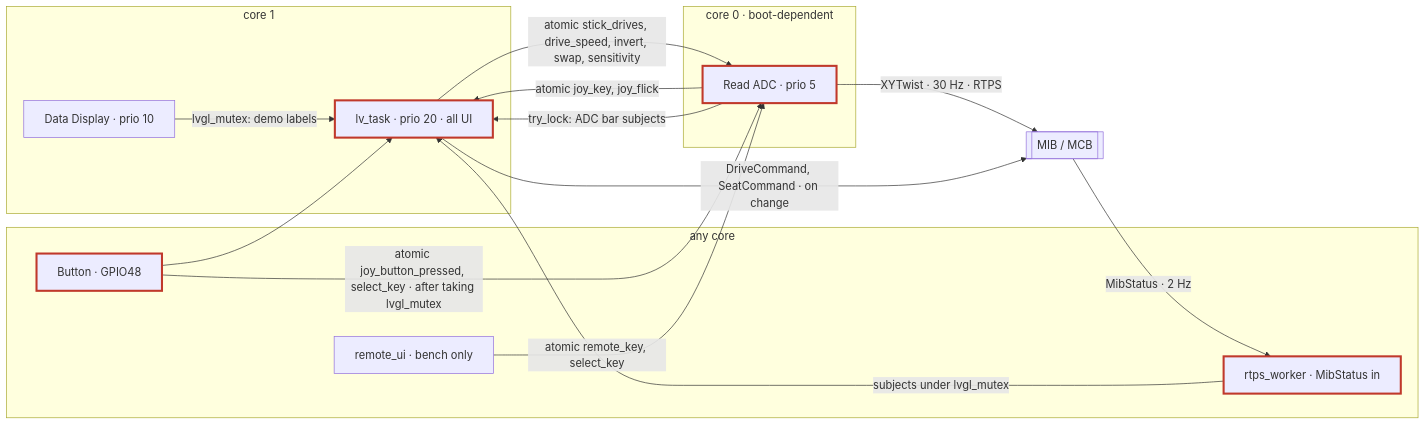
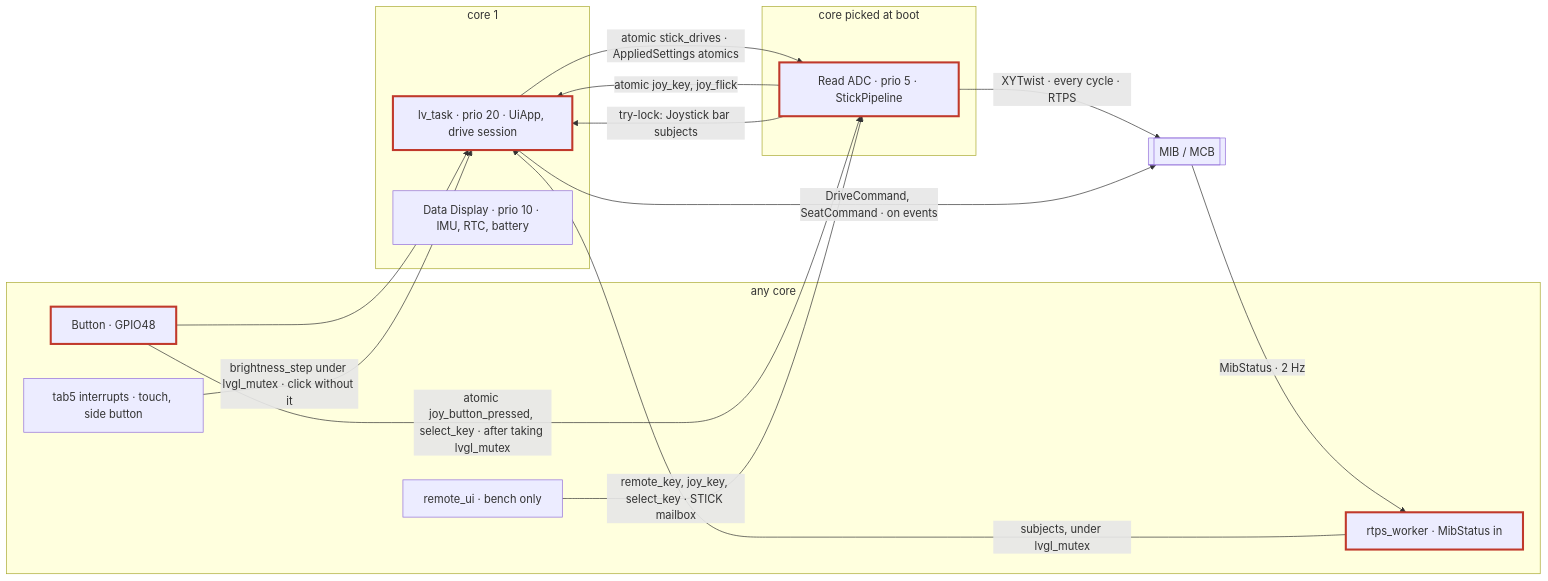
The third of 8 diagrams in docs/how-the-firmware-works.md (rammp-org/pace-hmi-fw), drawn with Mermaid before and after one commit. The commit also changed other lines of this file, not shown here.

````diff
--- a/docs/how-the-firmware-works.md
+++ b/docs/how-the-firmware-works.md
@@ -226,30 +304,31 @@
 ```mermaid
 flowchart LR
   subgraph c1["core 1"]
-    lv["lv_task · prio 20 · all UI"]:::safety
-    imu["Data Display · prio 10"]
+    lv["lv_task · prio 20 · UiApp, drive session"]:::safety
+    hk["Data Display · prio 10 · IMU, RTC, battery"]
   end
-  subgraph c0["core 0 · boot-dependent"]
-    adc["Read ADC · prio 5"]:::safety
+  subgraph c0["core picked at boot"]
+    adc["Read ADC · prio 5 · StickPipeline"]:::safety
   end
   subgraph any["any core"]
     btn["Button · GPIO48"]:::safety
+    bsp["tab5 interrupts · touch, side button"]
     rx["rtps_worker · MibStatus in"]:::safety
     rui["remote_ui · bench only"]
   end
   mib[["MIB / MCB"]]
-  adc -->|"XYTwist · 30 Hz · RTPS"| mib
-  lv -->|"DriveCommand, SeatCommand · on change"| mib
+  adc -->|"XYTwist · every cycle · RTPS"| mib
+  lv -->|"DriveCommand, SeatCommand · on events"| mib
   mib -->|"MibStatus · 2 Hz"| rx
-  rx -->|"subjects under lvgl_mutex"| lv
-  lv -->|"atomic stick_drives, drive_speed, invert, swap, sensitivity"| adc
+  rx -->|"subjects, under lvgl_mutex"| lv
+  lv -->|"atomic stick_drives · AppliedSettings atomics"| adc
   adc -->|"atomic joy_key, joy_flick"| lv
-  adc -->|"try_lock: ADC bar subjects"| lv
+  adc -->|"try-lock: Joystick bar subjects"| lv
   btn -->|"atomic joy_button_pressed, select_key · after taking lvgl_mutex"| adc
   btn --> lv
-  rui -->|"atomic remote_key, select_key"| adc
-  imu -->|"lvgl_mutex: demo labels"| lv
+  bsp -->|"brightness_step under lvgl_mutex · click without it"| lv
+  rui -->|"remote_key, joy_key, select_key · STICK mailbox"| adc
   classDef hw fill:#d9dde3,stroke:#7a8590,color:#111
   classDef safety stroke:#c0392b,stroke-width:3px
   classDef gen stroke-dasharray:5 4
 ```
````
